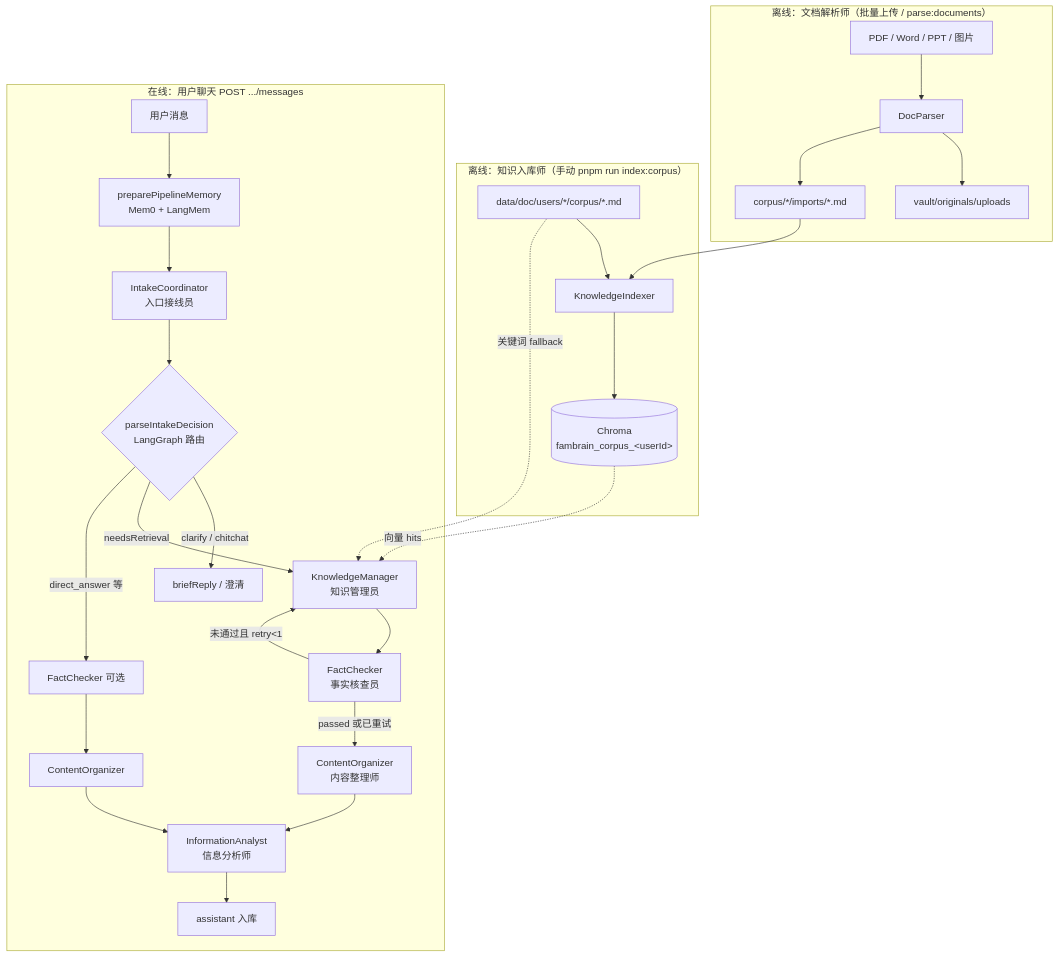
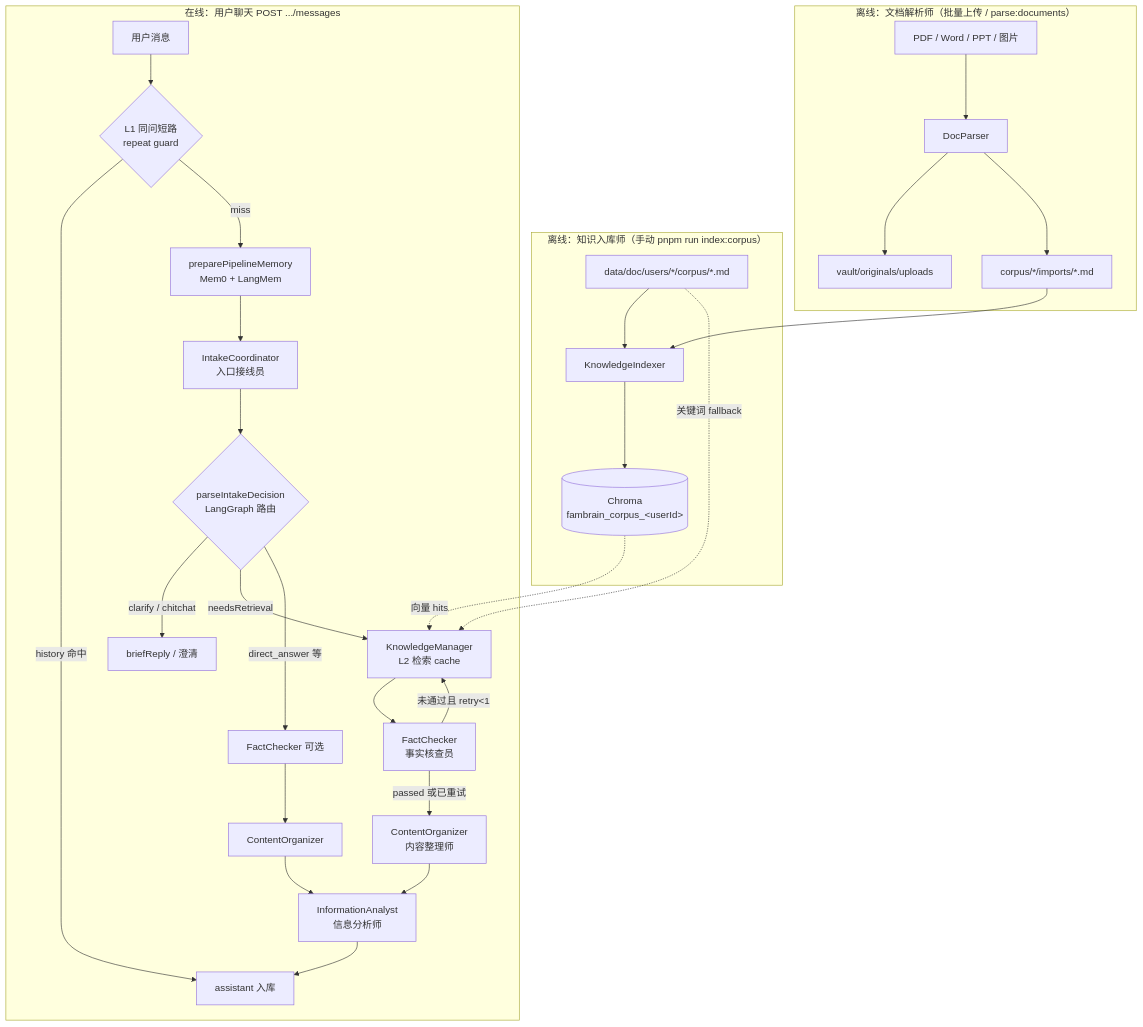
Before and after one commit to panzhanfei/fambrain-agents: the first of 11 diagrams in docs/02-agent-flows.md, drawn with Mermaid. The commit also changed other lines of this file and 13 other files, not shown here.

````diff
--- a/docs/02-agent-flows.md
+++ b/docs/02-agent-flows.md
@@ -21,37 +21,39 @@
 ```mermaid
 flowchart TB
   subgraph offline ["离线：知识入库师（手动 pnpm run index:corpus）"]
     MD["data/doc/users/*/corpus/*.md"]
     KI["KnowledgeIndexer"]
     CH[("Chroma<br/>fambrain_corpus_&lt;userId&gt;")]
     MD --> KI --> CH
   end
 
   subgraph ingest ["离线：文档解析师（批量上传 / parse:documents）"]
     UP["PDF / Word / PPT / 图片"]
     DP["DocParser"]
     VAULT["vault/originals/uploads"]
     IMP["corpus/*/imports/*.md"]
     UP --> DP
     DP --> VAULT
     DP --> IMP
     IMP --> KI
   end
 
   subgraph online ["在线：用户聊天 POST .../messages"]
-    U[用户消息] --> MEM["preparePipelineMemory<br/>Mem0 + LangMem"]
+    U[用户消息] --> REP{L1 同问短路<br/>repeat guard}
+    REP -->|history 命中| OUT[assistant 流式输出]
+    REP -->|miss| MEM["preparePipelineMemory<br/>Mem0 + LangMem"]
     MEM --> IC[IntakeCoordinator<br/>入口接线员]
     IC --> P{parseIntakeDecision<br/>LangGraph 路由}
     P -->|clarify / chitchat| R1[briefReply / 澄清]
-    P -->|needsRetrieval| KM[KnowledgeManager<br/>知识管理员]
+    P -->|needsRetrieval| KM[KnowledgeManager<br/>L2 检索 cache]
     KM --> FC[FactChecker<br/>事实核查员]
     FC -->|passed 或已重试| CO[ContentOrganizer<br/>内容整理师]
     FC -->|未通过且 retry&lt;1| KM
     CO --> IA[InformationAnalyst<br/>信息分析师]
     P -->|direct_answer 等| FC2[FactChecker 可选] --> CO2[ContentOrganizer] --> IA
     IA --> OUT[assistant 入库]
   end
 
   CH -.->|向量 hits| KM
   MD -.->|关键词 fallback| KM
 ```
````
